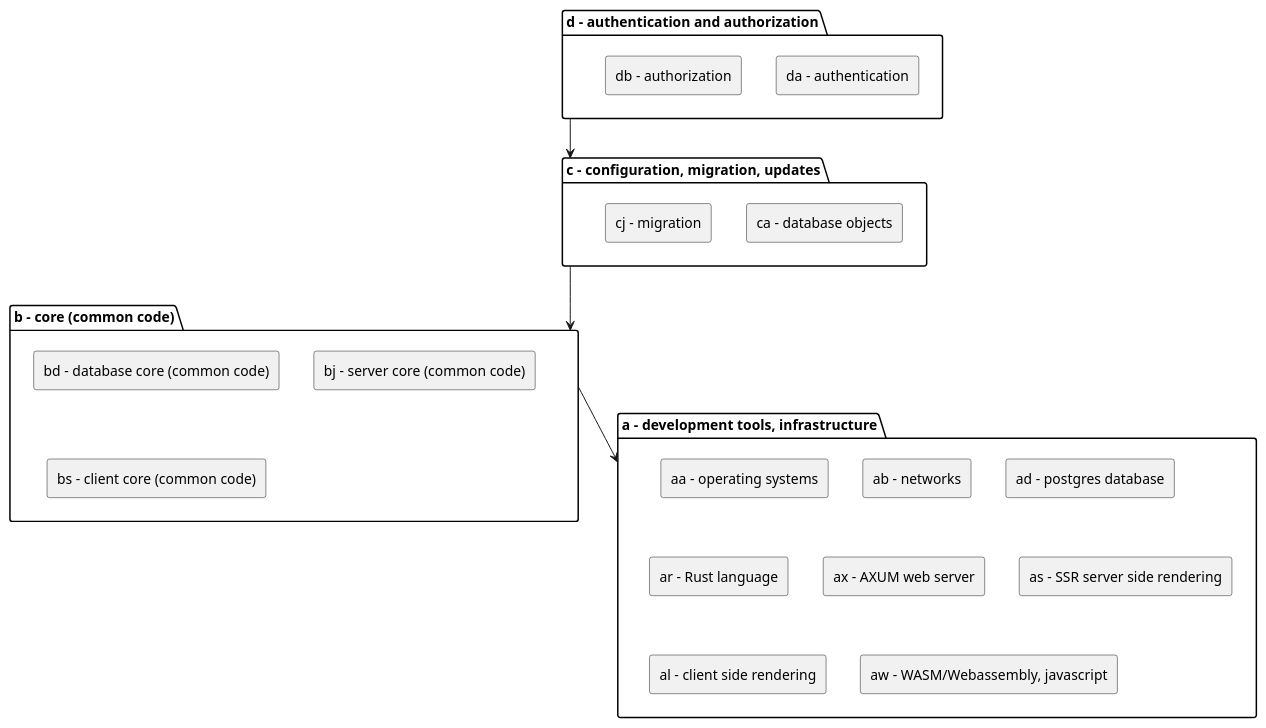
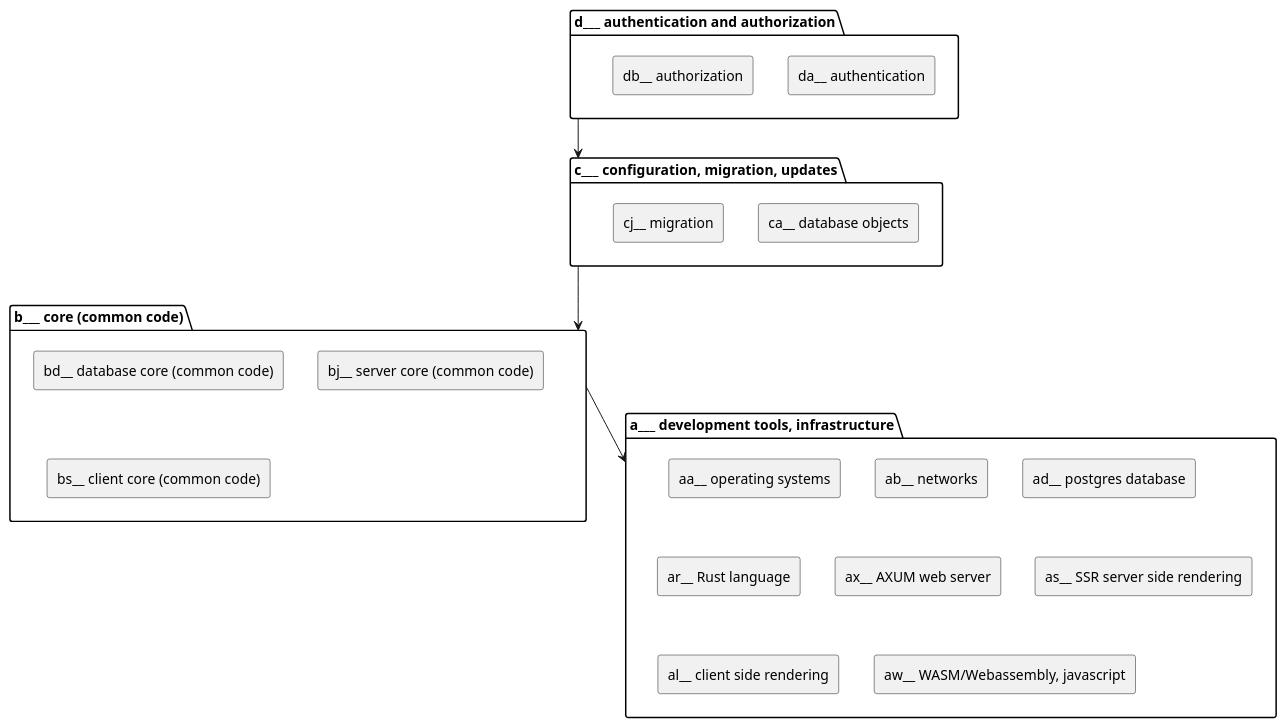
One commit to liporuwcha/liporuwcha changed the diagram in README.md. Above: the diagram before and after it, drawn with PlantUML. The commit also changed other lines of this file and 1 other file, not shown here.

````diff
--- a/README.md
+++ b/README.md
@@ -67,39 +67,39 @@
 ```PlantUML
 @startuml
 top to bottom direction
 skinparam componentstyle rectangle
 
-folder "d - authentication and authorization" as d {
-[da - authentication]
-[db - authorization]
+folder "d___ authentication and authorization" as d {
+[da__ authentication]
+[db__ authorization]
 }
 
-folder "c - configuration, migration, updates" as c {
-  [ca - database objects]
-  [cj - migration]
+folder "c___ configuration, migration, updates" as c {
+  [ca__ database objects]
+  [cj__ migration]
   
 }
 
-folder "b - core (common code)" as b {
-  [bd - database core (common code)]
-  [bj - server core (common code)]
-  [bs - client core (common code)]
+folder "b___ core (common code)" as b {
+  [bd__ database core (common code)]
+  [bj__ server core (common code)]
+  [bs__ client core (common code)]
 }
 
-folder "a - development tools, infrastructure" as a {
-  [aa - operating systems]
-  [ab - networks]
-  [ad - postgres database]
-  [ar - Rust language]
-  [ax - AXUM web server]
-  [as - SSR server side rendering]
-  [al - client side rendering]
-  [aw - WASM/Webassembly, javascript]
+folder "a___ development tools, infrastructure" as a {
+  [aa__ operating systems]
+  [ab__ networks]
+  [ad__ postgres database]
+  [ar__ Rust language]
+  [ax__ AXUM web server]
+  [as__ SSR server side rendering]
+  [al__ client side rendering]
+  [aw__ WASM/Webassembly, javascript]
 }
 
 d -d-> c
 c -d-> b
 b -d-> a
 
 @enduml
 ```
````
